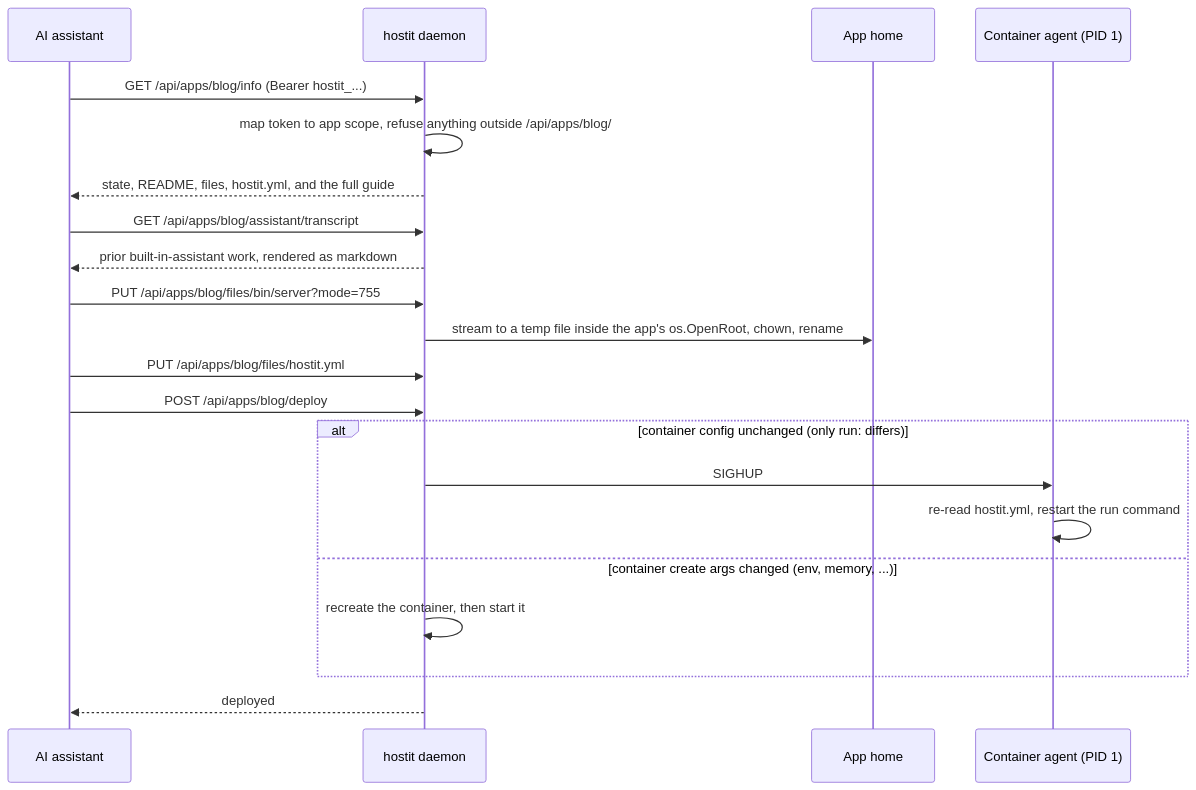
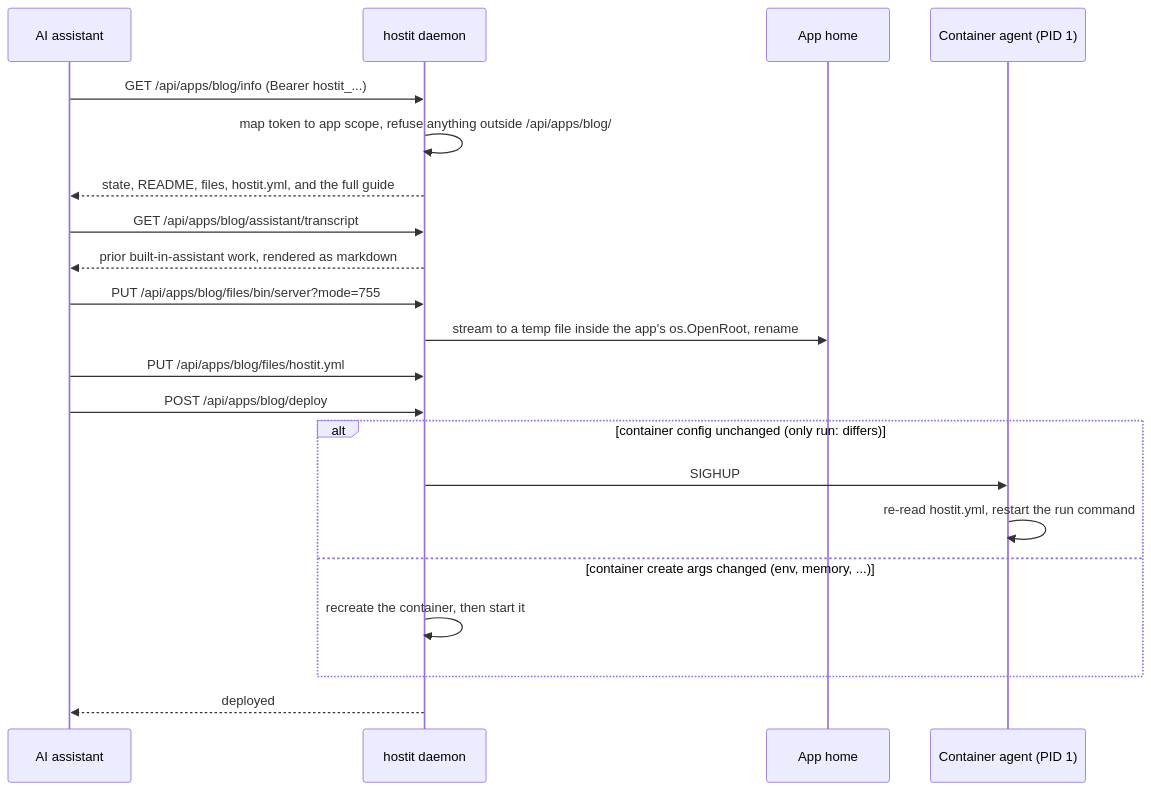
Before and after one commit to binwiederhier/hostit: the fifth of 5 diagrams in docs/architecture/flows.md, drawn with Mermaid. The commit also changed other lines of this file and 14 other files, not shown here.

````diff
--- a/docs/architecture/flows.md
+++ b/docs/architecture/flows.md
@@ -150,27 +157,27 @@
 ```mermaid
 sequenceDiagram
     participant AG as AI assistant
     participant D as hostit daemon
     participant H as App home
     participant C as Container agent (PID 1)
 
     AG->>D: GET /api/apps/blog/info (Bearer hostit_...)
     D->>D: map token to app scope, refuse anything outside /api/apps/blog/
     D-->>AG: state, README, files, hostit.yml, and the full guide
 
     AG->>D: GET /api/apps/blog/assistant/transcript
     D-->>AG: prior built-in-assistant work, rendered as markdown
 
     AG->>D: PUT /api/apps/blog/files/bin/server?mode=755
-    D->>H: stream to a temp file inside the app's os.OpenRoot, chown, rename
+    D->>H: stream to a temp file inside the app's os.OpenRoot, rename
     AG->>D: PUT /api/apps/blog/files/hostit.yml
     AG->>D: POST /api/apps/blog/deploy
 
     alt container config unchanged (only run: differs)
         D->>C: SIGHUP
         C->>C: re-read hostit.yml, restart the run command
     else container create args changed (env, memory, ...)
         D->>D: recreate the container, then start it
     end
     D-->>AG: deployed
 ```
````
